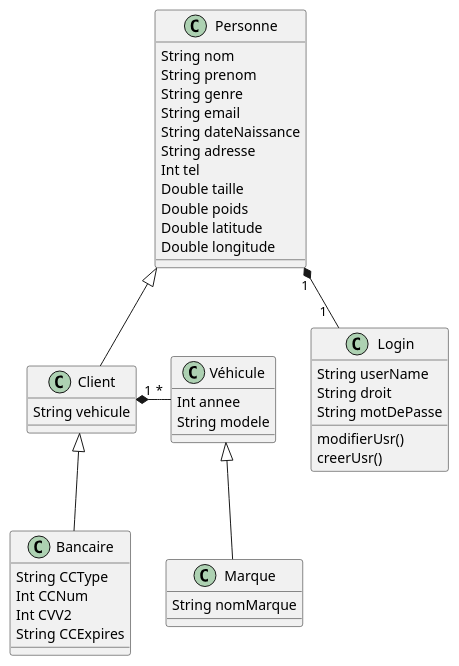
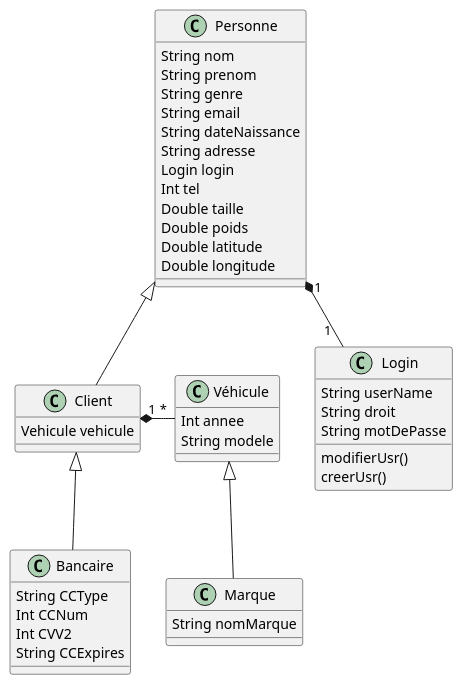
One commit to Nenuphare/Kot-Line-Intranet changed the first of 2 diagrams in Analyse.adoc. Above: the diagram before and after it, drawn with PlantUML. The commit also changed 9 other files, not shown here.

```diff
--- a/Analyse.adoc
+++ b/Analyse.adoc
@@ -34,50 +34,51 @@
 [plantuml]
 ----
 @startuml
 
 Class Login{
 String userName
 String droit
 String motDePasse
 modifierUsr()
 creerUsr()
 }
 
 Class Personne{
 String nom
 String prenom
 String genre
 String email
 String dateNaissance
 String adresse
+Login login
 Int tel
 Double taille
 Double poids
 Double latitude
 Double longitude
 }
 Class Client{
-String vehicule
+Vehicule vehicule
 }
 Class Bancaire{
 String CCType
 Int CCNum
 Int CVV2
 String CCExpires
 }
 
 Class Véhicule{
 Int annee
 String modele
 }
 
 Class Marque{
 String nomMarque
 }
 Personne <|-- Client
 Client <|-- Bancaire
 Véhicule <|-- Marque
 Client "1" *- "*" Véhicule
 Personne "1" *--"1  " Login
 @enduml
 ----
```
